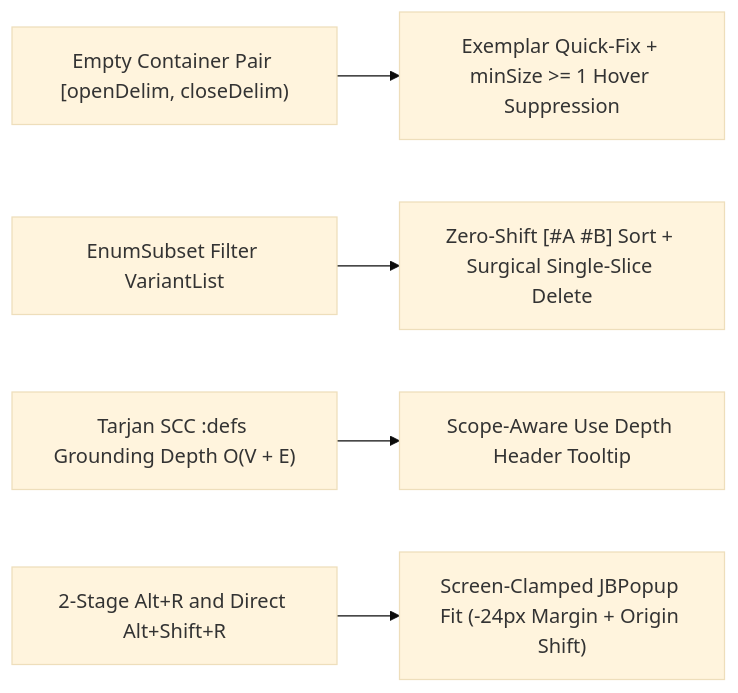
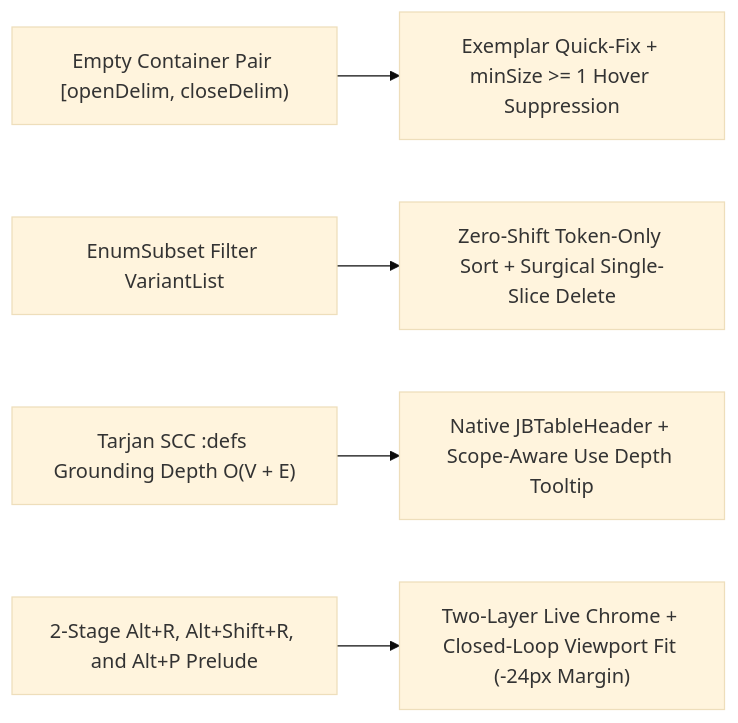
Diagram 12 of 12 in docs/architecture/STVN_PLUGIN_SPEC.md (chaotic3quilibrium/stvnadore-plugin), drawn with Mermaid (base theme) before and after one commit. The commit also changed other lines of this file and 10 other files, not shown here.

Commit message:
Refactor to remediate STVN Namespace Dependencies browser window fitting, prelude Alt+P shortcut, native left-aligned headers, and xero-shift subset sort polish

````diff
--- a/docs/architecture/STVN_PLUGIN_SPEC.md
+++ b/docs/architecture/STVN_PLUGIN_SPEC.md
@@ -583,7 +583,7 @@
 ```mermaid
 flowchart LR
     EmptySpan["Empty Container Pair [openDelim, closeDelim)"] --> ExFix["Exemplar Quick-Fix + minSize >= 1 Hover Suppression"]
-    EnumSub["EnumSubset Filter VariantList"] --> SurgEdit["Zero-Shift [#A #B] Sort + Surgical Single-Slice Delete"]
-    DefsScc["Tarjan SCC :defs Grounding Depth O(V + E)"] --> HdrTip["Scope-Aware Use Depth Header Tooltip"]
-    AltR2["2-Stage Alt+R and Direct Alt+Shift+R"] --> WinFit["Screen-Clamped JBPopup Fit (-24px Margin + Origin Shift)"]
+    EnumSub["EnumSubset Filter VariantList"] --> SurgEdit["Zero-Shift Token-Only Sort + Surgical Single-Slice Delete"]
+    DefsScc["Tarjan SCC :defs Grounding Depth O(V + E)"] --> HdrTip["Native JBTableHeader + Scope-Aware Use Depth Tooltip"]
+    AltR2["2-Stage Alt+R, Alt+Shift+R, and Alt+P Prelude"] --> WinFit["Two-Layer Live Chrome + Closed-Loop Viewport Fit (-24px Margin)"]
 ```
````
